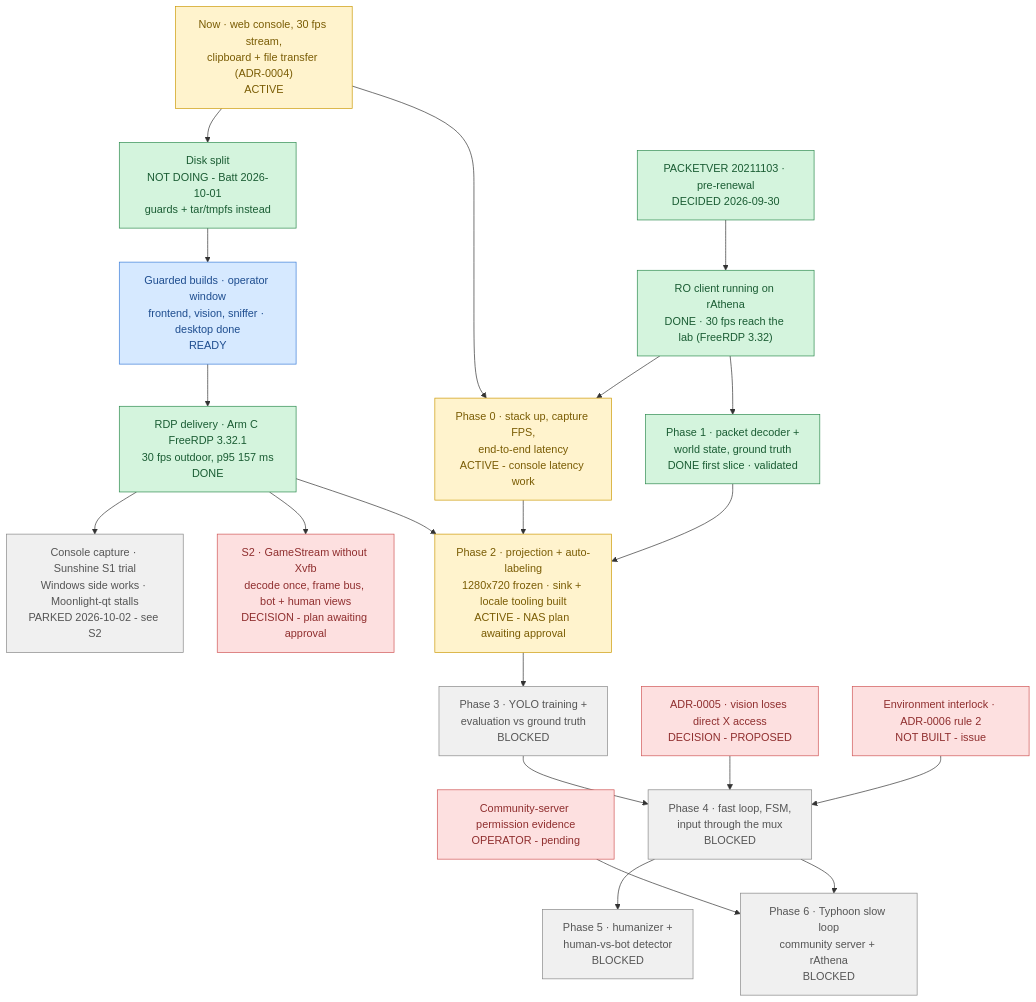
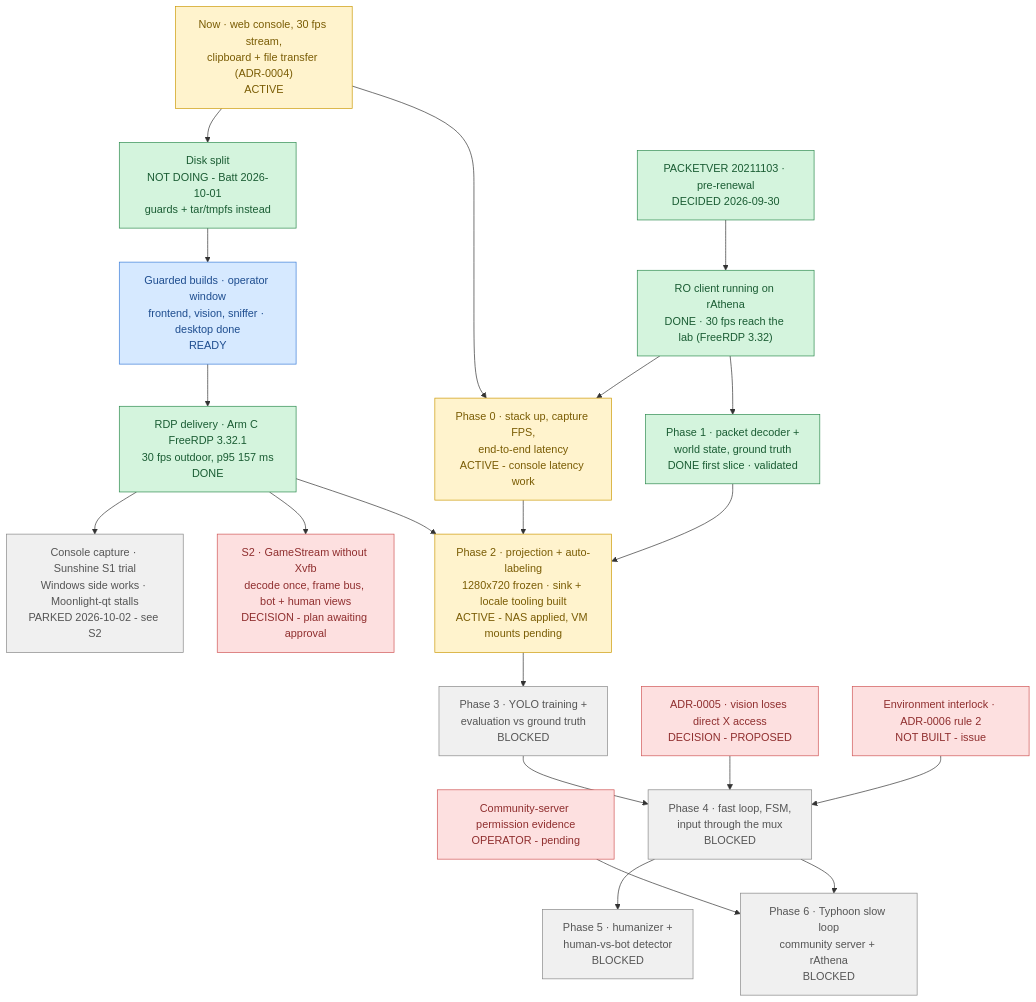
One commit to lumduan/poring-lab changed the diagram in docs/ROADMAP.md. Above: the diagram before and after it, drawn with Mermaid. The commit also changed other lines of this file and 2 other files, not shown here.

First line of the commit message:
docs: NAS sections 1-3 applied (ids, readings); Sunshine provenance resolved

````diff
--- a/docs/ROADMAP.md
+++ b/docs/ROADMAP.md
@@ -11,52 +11,52 @@
 ```mermaid
 flowchart TD
     N1["Now · web console, 30 fps stream,<br/>clipboard + file transfer (ADR-0004)<br/>ACTIVE"]
     N2["Disk split<br/>NOT DOING - Batt 2026-10-01<br/>guards + tar/tmpfs instead"]
     N3["Guarded builds · operator window<br/>frontend, vision, sniffer · desktop done<br/>READY"]
     D1["PACKETVER 20211103 · pre-renewal<br/>DECIDED 2026-09-30"]
     S1["RO client running on rAthena<br/>DONE · 30 fps reach the lab (FreeRDP 3.32)"]
     D2["ADR-0005 · vision loses direct X access<br/>DECISION - PROPOSED"]
     D3["Environment interlock · ADR-0006 rule 2<br/>NOT BUILT - issue"]
     E1["Community-server permission evidence<br/>OPERATOR - pending"]
     P0["Phase 0 · stack up, capture FPS,<br/>end-to-end latency<br/>ACTIVE - console latency work"]
     P1["Phase 1 · packet decoder +<br/>world state, ground truth<br/>DONE first slice · validated"]
     H1["RDP delivery · Arm C FreeRDP 3.32.1<br/>30 fps outdoor, p95 157 ms<br/>DONE"]
     C1["Console capture · Sunshine S1 trial<br/>Windows side works · Moonlight-qt stalls<br/>PARKED 2026-10-02 - see S2"]
     S2["S2 · GameStream without Xvfb<br/>decode once, frame bus, bot + human views<br/>DECISION - plan awaiting approval"]
-    P2["Phase 2 · projection + auto-labeling<br/>1280x720 frozen · sink + locale tooling built<br/>ACTIVE - NAS plan awaiting approval"]
+    P2["Phase 2 · projection + auto-labeling<br/>1280x720 frozen · sink + locale tooling built<br/>ACTIVE - NAS applied, VM mounts pending"]
     P3["Phase 3 · YOLO training +<br/>evaluation vs ground truth<br/>BLOCKED"]
     P4["Phase 4 · fast loop, FSM,<br/>input through the mux<br/>BLOCKED"]
     P5["Phase 5 · humanizer +<br/>human-vs-bot detector<br/>BLOCKED"]
     P6["Phase 6 · Typhoon slow loop<br/>community server + rAthena<br/>BLOCKED"]
 
     N1 --> N2 --> N3
     N3 --> H1
     H1 --> C1
     H1 --> S2
     H1 --> P2
     D1 --> S1
     N1 --> P0
     S1 --> P0
     S1 --> P1
     P0 --> P2
     P1 --> P2
     P2 --> P3 --> P4
     D2 --> P4
     D3 --> P4
     E1 --> P6
     P4 --> P5
     P4 --> P6
 
     classDef done     fill:#d4f4dd,stroke:#2d8a4e,color:#1a5c33
     classDef active   fill:#fff3cd,stroke:#cc9a06,color:#7a5c04
     classDef ready    fill:#d6e9ff,stroke:#3b7dd8,color:#1e4d8f
     classDef blocked  fill:#f0f0f0,stroke:#888,color:#555
     classDef decision fill:#fde0e0,stroke:#d05555,color:#8f2e2e
     classDef goal     fill:#ede0fb,stroke:#8a5cd8,color:#4d2e8f
 
     class D1,S1,P1,N2,H1 done
     class N1,P0,P2 active
     class N3 ready
     class D2,D3,E1,S2 decision
     class P3,P4,P5,P6,C1 blocked
 ```
````
